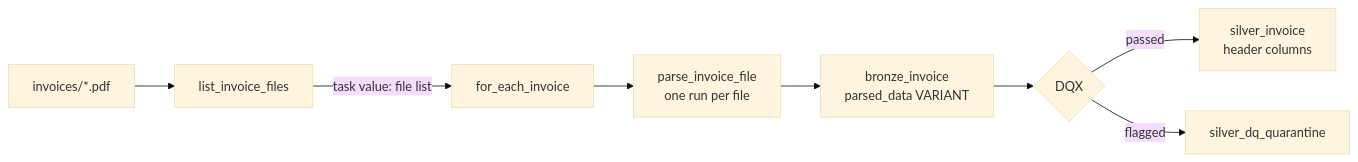
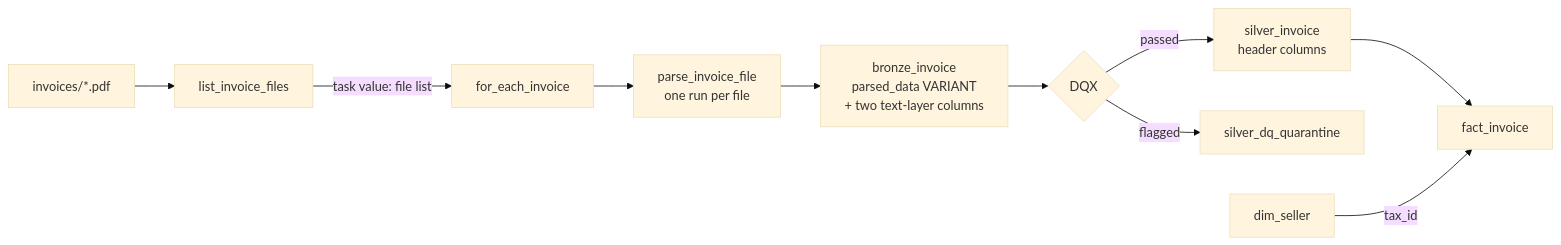
The diagram in src/flow04/README.md (corinat/poc_databricks_updated), drawn with Mermaid (base theme) before and after one commit. The commit also changed other lines of this file and 22 other files, not shown here.

````diff
--- a/src/flow04/README.md
+++ b/src/flow04/README.md
@@ -17,10 +18,12 @@
 ```mermaid
 flowchart LR
     PDF[invoices/*.pdf] --> L[list_invoice_files]
     L -->|task value: file list| FE[for_each_invoice]
     FE --> P[parse_invoice_file<br/>one run per file]
-    P --> B1[bronze_invoice<br/>parsed_data VARIANT]
+    P --> B1[bronze_invoice<br/>parsed_data VARIANT<br/>+ two text-layer columns]
     B1 --> DQ{DQX}
     DQ -->|passed| S1[silver_invoice<br/>header columns]
     DQ -->|flagged| Q[silver_dq_quarantine]
+    S1 --> G[fact_invoice]
+    DS[dim_seller] -->|tax_id| G
 ```
````
